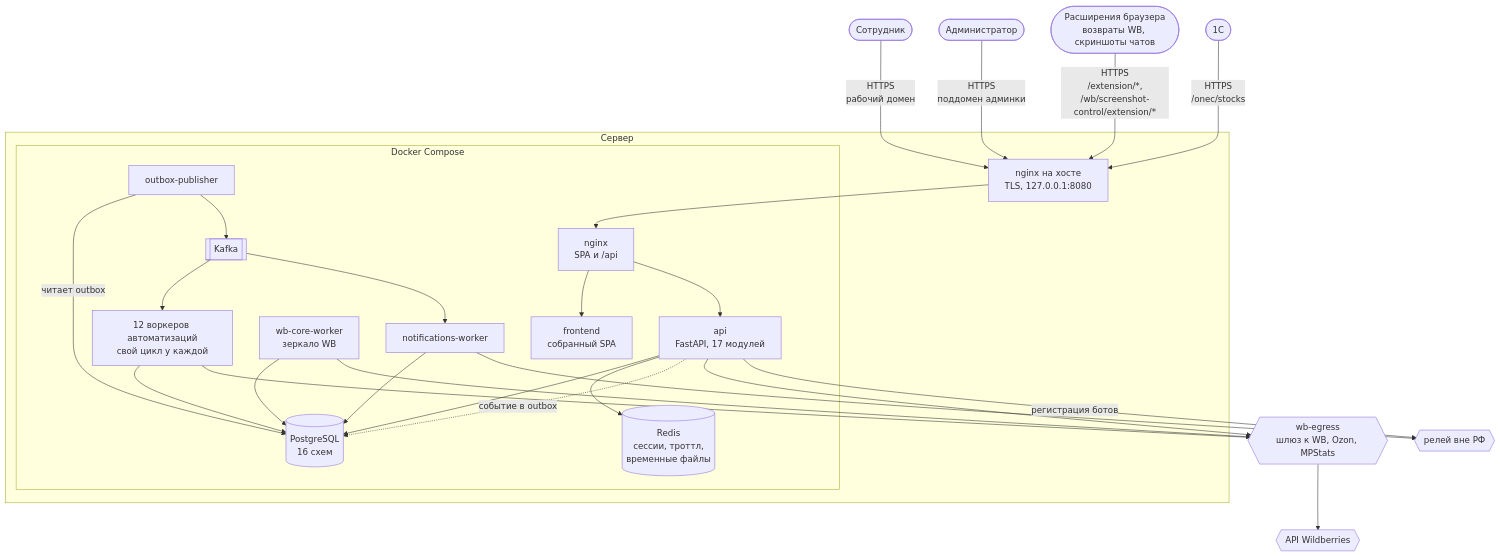
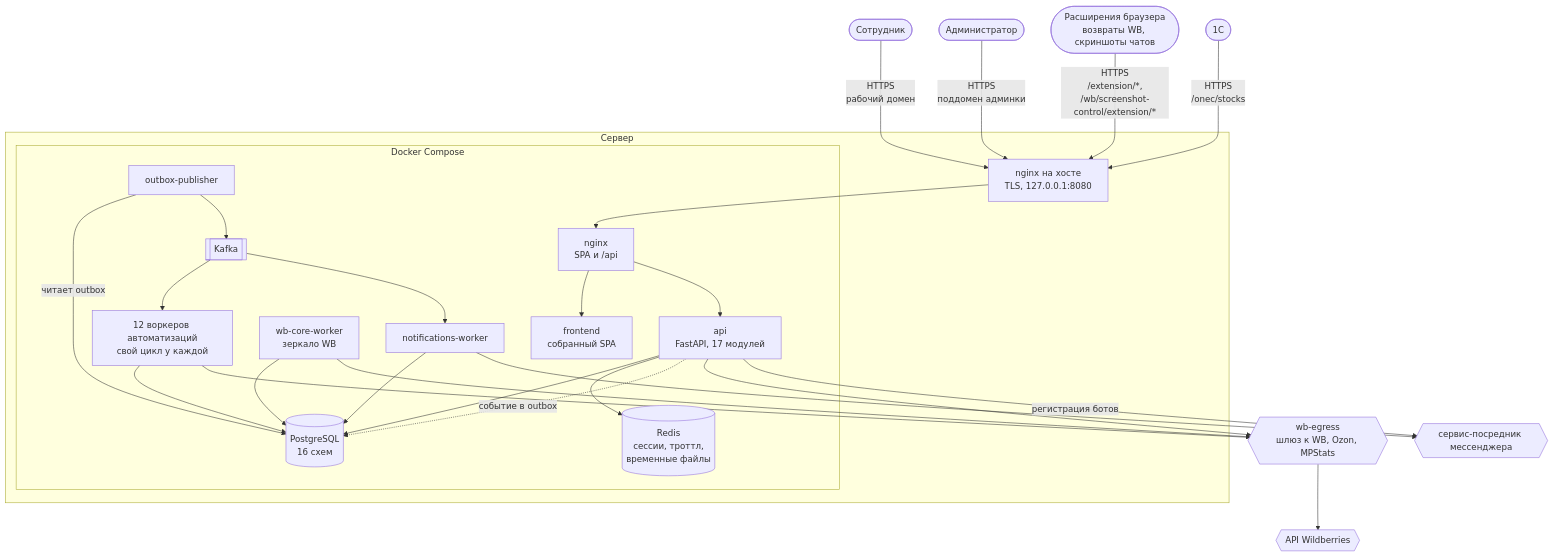
Before and after one commit to krionefishy/karbi: the diagram in docs/architecture/OVERVIEW.md, drawn with Mermaid. The commit also changed other lines of this file and 12 other files, not shown here.

Commit message:
Документация и комментарии: мессенджер — через сервис-посредник, без причин, сетевой схемы и размещения; раздел об интерактивных ботах

````diff
--- a/docs/architecture/OVERVIEW.md
+++ b/docs/architecture/OVERVIEW.md
@@ -3,52 +3,52 @@
 ```mermaid
 flowchart TB
     operator([Сотрудник]) -->|"HTTPS<br/>рабочий домен"| host
     admin([Администратор]) -->|"HTTPS<br/>поддомен админки"| host
     ext([Расширения браузера<br/>возвраты WB, скриншоты чатов]) -->|"HTTPS<br/>/extension/*,<br/>/wb/screenshot-control/extension/*"| host
     onec([1С]) -->|"HTTPS<br/>/onec/stocks"| host
 
     subgraph host_server["Сервер"]
         host["nginx на хосте<br/>TLS, 127.0.0.1:8080"]
 
         subgraph compose["Docker Compose"]
             edge["nginx<br/>SPA и /api"]
             spa["frontend<br/>собранный SPA"]
             api["api<br/>FastAPI, 17 модулей"]
             core["wb-core-worker<br/>зеркало WB"]
             workers["12 воркеров автоматизаций<br/>свой цикл у каждой"]
             notifications["notifications-worker"]
             outbox["outbox-publisher"]
 
             pg[("PostgreSQL<br/>16 схем")]
             redis[("Redis<br/>сессии, троттл,<br/>временные файлы")]
             kafka[["Kafka"]]
         end
     end
 
     egress{{"wb-egress<br/>шлюз к WB, Ozon, MPStats"}}
     wb{{"API Wildberries"}}
-    relay{{"релей вне РФ"}}
+    relay{{"сервис-посредник мессенджера"}}
 
     host --> edge
     edge --> spa
     edge --> api
 
     api --> pg
     api --> redis
     api -.->|"событие в outbox"| pg
     outbox -->|"читает outbox"| pg
     outbox --> kafka
 
     core --> pg
     core --> egress
     workers --> pg
     workers --> egress
     api --> egress
     egress --> wb
 
     kafka --> workers
     kafka --> notifications
     notifications --> pg
     notifications --> relay
     api -->|"регистрация ботов"| relay
 ```
````
